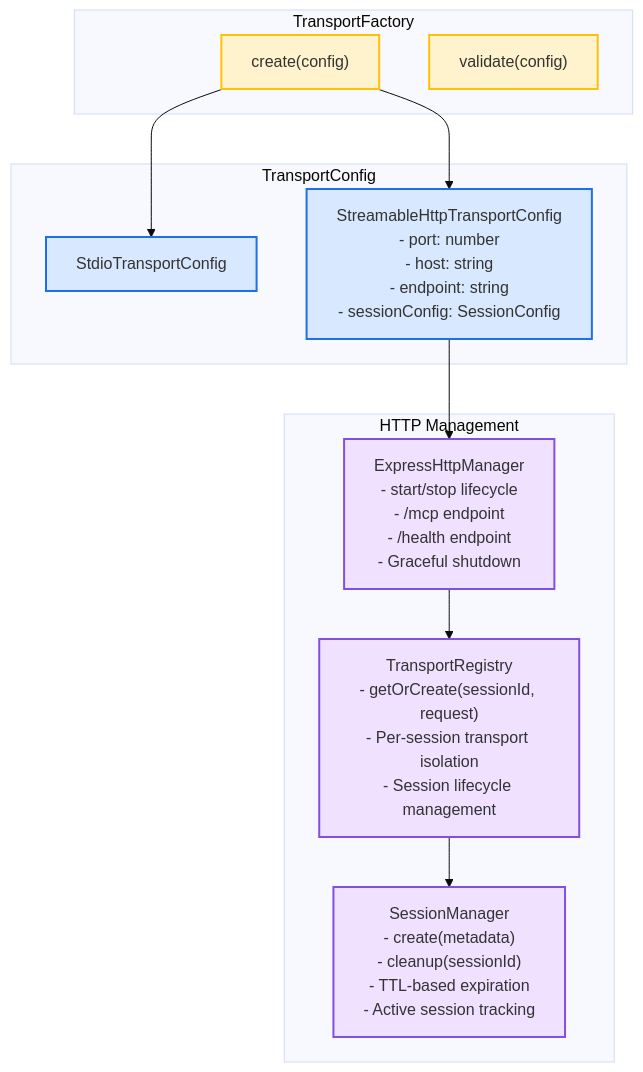
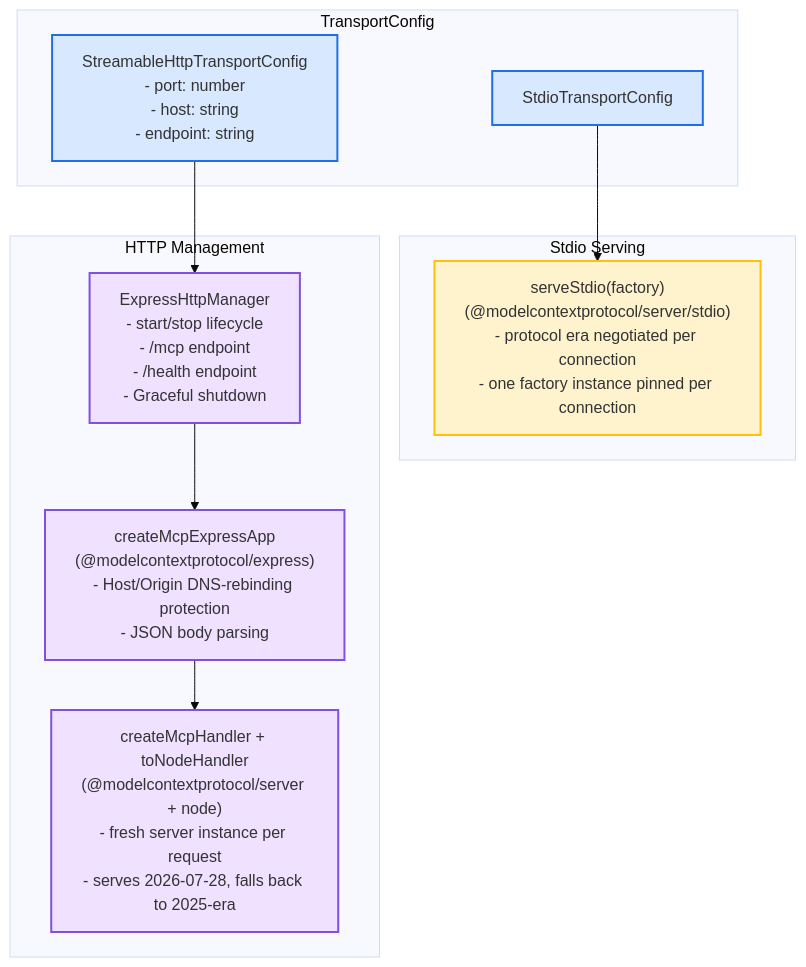
One commit to 8beeeaaat/touchdesigner-mcp changed the sixth of 9 diagrams in docs/architecture.md. Above: the diagram before and after it, drawn with Mermaid (base theme). The commit also changed other lines of this file and 42 other files, not shown here.

First line of the commit message:
feat: support MCP protocol revision 2026-07-28 (SDK v2, stateless transports) (#206)

````diff
--- a/docs/architecture.md
+++ b/docs/architecture.md
@@ -249,31 +245,30 @@
 ```mermaid
 graph TB
-    subgraph Factory ["TransportFactory"]
-        F1["create(config)"]
-        F2["validate(config)"]
+    subgraph Config ["TransportConfig"]
+        C1["StdioTransportConfig"]
+        C2["StreamableHttpTransportConfig<br/>- port: number<br/>- host: string<br/>- endpoint: string"]
     end
 
-    subgraph Config ["TransportConfig"]
-        C1["StdioTransportConfig"]
-        C2["StreamableHttpTransportConfig<br/>- port: number<br/>- host: string<br/>- endpoint: string<br/>- sessionConfig: SessionConfig"]
+    subgraph Stdio ["Stdio Serving"]
+        D1["serveStdio(factory)<br/>(@modelcontextprotocol/server/stdio)<br/>- protocol era negotiated per connection<br/>- one factory instance pinned per connection"]
     end
 
     subgraph HTTP ["HTTP Management"]
         H1["ExpressHttpManager<br/>- start/stop lifecycle<br/>- /mcp endpoint<br/>- /health endpoint<br/>- Graceful shutdown"]
-        H2["TransportRegistry<br/>- getOrCreate(sessionId, request)<br/>- Per-session transport isolation<br/>- Session lifecycle management"]
-        H3["SessionManager<br/>- create(metadata)<br/>- cleanup(sessionId)<br/>- TTL-based expiration<br/>- Active session tracking"]
+        H2["createMcpExpressApp<br/>(@modelcontextprotocol/express)<br/>- Host/Origin DNS-rebinding protection<br/>- JSON body parsing"]
+        H3["createMcpHandler + toNodeHandler<br/>(@modelcontextprotocol/server + node)<br/>- fresh server instance per request<br/>- serves 2026-07-28, falls back to 2025-era"]
     end
 
-    F1 --> C1 & C2
+    C1 --> D1
     C2 --> H1
     H1 --> H2
     H2 --> H3
 
-    classDef factory fill:#fff3cd,stroke:#ffc107,stroke-width:2px
     classDef config fill:#d8e8ff,stroke:#1f6feb,stroke-width:2px
+    classDef stdio fill:#fff3cd,stroke:#ffc107,stroke-width:2px
     classDef http fill:#efe1ff,stroke:#8250df,stroke-width:2px
 
-    class F1,F2 factory
     class C1,C2 config
+    class D1 stdio
     class H1,H2,H3 http
 ```
````
